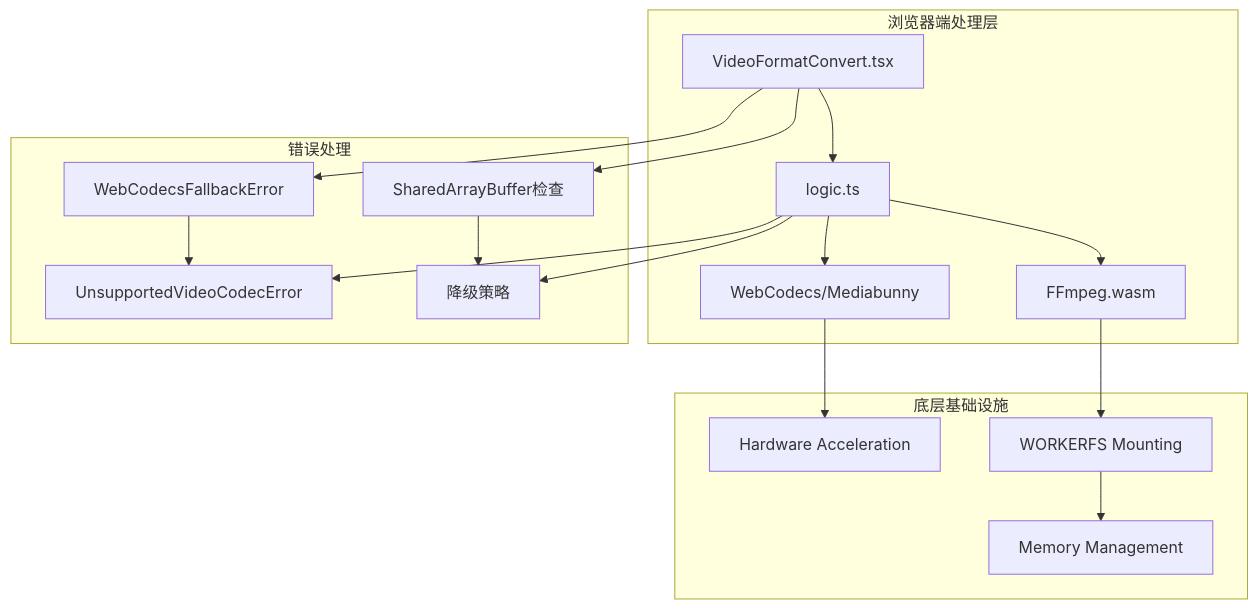
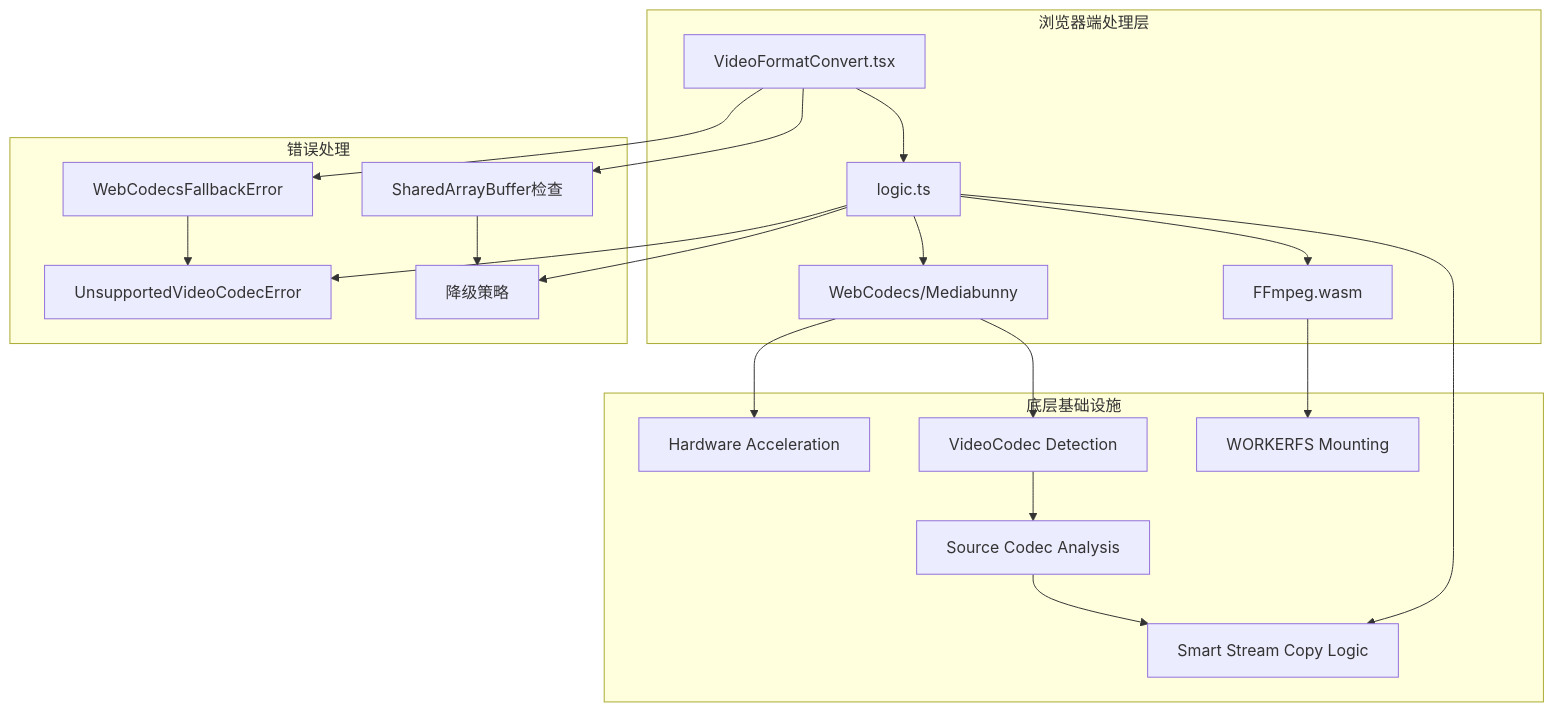
Before and after one commit to sgyy/privadeck: the third of 13 diagrams in .qoder/repowiki/zh/content/工具分类/视频处理工具/视频格式转换工具.md, drawn with Mermaid. The commit also changed other lines of this file and 5 other files, not shown here.

````diff
--- a/.qoder/repowiki/zh/content/工具分类/视频处理工具/视频格式转换工具.md
+++ b/.qoder/repowiki/zh/content/工具分类/视频处理工具/视频格式转换工具.md
@@ -109,21 +129,24 @@
 ```mermaid
 graph TB
 subgraph "浏览器端处理层"
 A[VideoFormatConvert.tsx] --> B[logic.ts]
 B --> C[WebCodecs/Mediabunny]
 B --> D[FFmpeg.wasm]
 end
 subgraph "底层基础设施"
 C --> E[Hardware Acceleration]
-D --> F[WORKERFS Mounting]
-F --> G[Memory Management]
+C --> F[VideoCodec Detection]
+D --> G[WORKERFS Mounting]
+F --> H[Source Codec Analysis]
+H --> I[Smart Stream Copy Logic]
 end
 subgraph "错误处理"
-H[WebCodecsFallbackError] --> I[UnsupportedVideoCodecError]
-J[SharedArrayBuffer检查] --> K[降级策略]
+J[WebCodecsFallbackError] --> K[UnsupportedVideoCodecError]
+L[SharedArrayBuffer检查] --> M[降级策略]
 end
-A --> H
 A --> J
+A --> L
 B --> I
 B --> K
+B --> M
 ```
````
